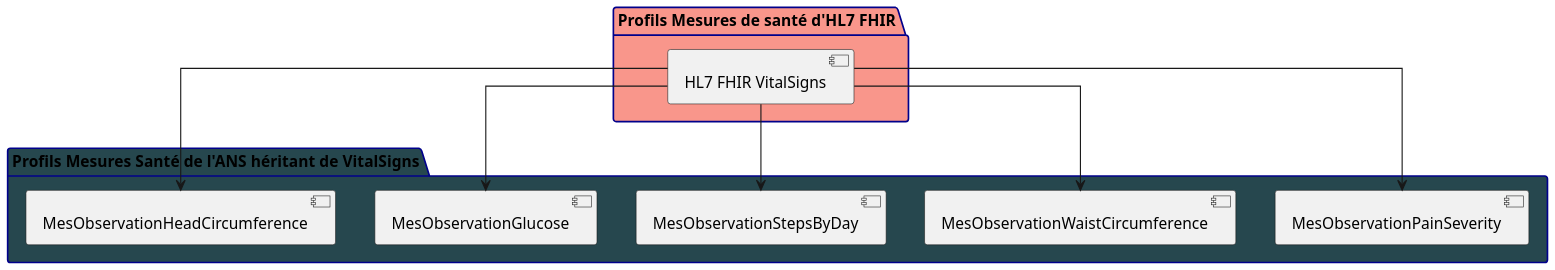
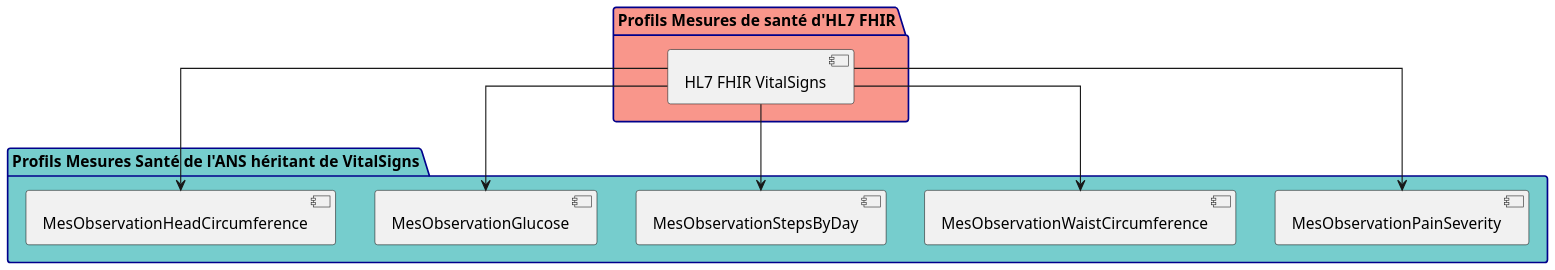
One commit to ansforge/IG-fhir-mesures-de-sante changed the diagram in input/images-source/vs-overview-2.plantuml. Above: the diagram before and after it, drawn with PlantUML. The commit also changed 1 other file, not shown here.

```diff
--- a/input/images-source/vs-overview-2.plantuml
+++ b/input/images-source/vs-overview-2.plantuml
@@ -1,29 +1,29 @@
 @startuml
 
 skinparam linetype ortho
 skinparam dpi 150
 skinparam boxPadding 10
 skinparam shadowing false
 skinparam packageBackgroundColor LightBlue
 skinparam packageBorderColor DarkBlue
 
 package "Profils Mesures de santé d'HL7 FHIR" as HL7 #F9968B {
     [HL7 FHIR VitalSigns]
 }
 
 
-package "Profils Mesures Santé de l'ANS héritant de VitalSigns" as PMSB #26474E {
+package "Profils Mesures Santé de l'ANS héritant de VitalSigns" as PMSB #76CDCD {
     [MesObservationPainSeverity]
     [MesObservationWaistCircumference]
     [MesObservationStepsByDay]
     [MesObservationGlucose]
     [MesObservationHeadCircumference]
 }
 
 [HL7 FHIR VitalSigns] --> [MesObservationPainSeverity]
 [HL7 FHIR VitalSigns] --> [MesObservationWaistCircumference]
 [HL7 FHIR VitalSigns] --> [MesObservationStepsByDay]
 [HL7 FHIR VitalSigns] --> [MesObservationGlucose]
 [HL7 FHIR VitalSigns] --> [MesObservationHeadCircumference]
 
 @enduml
```
